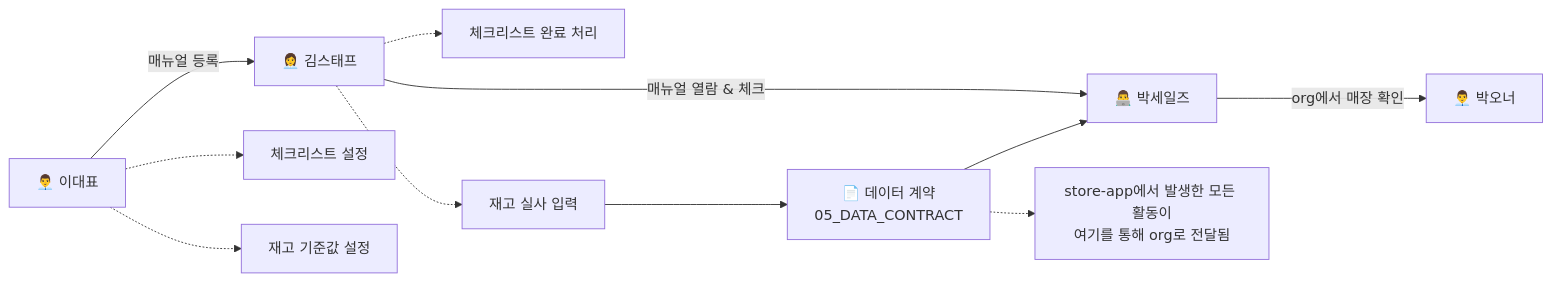
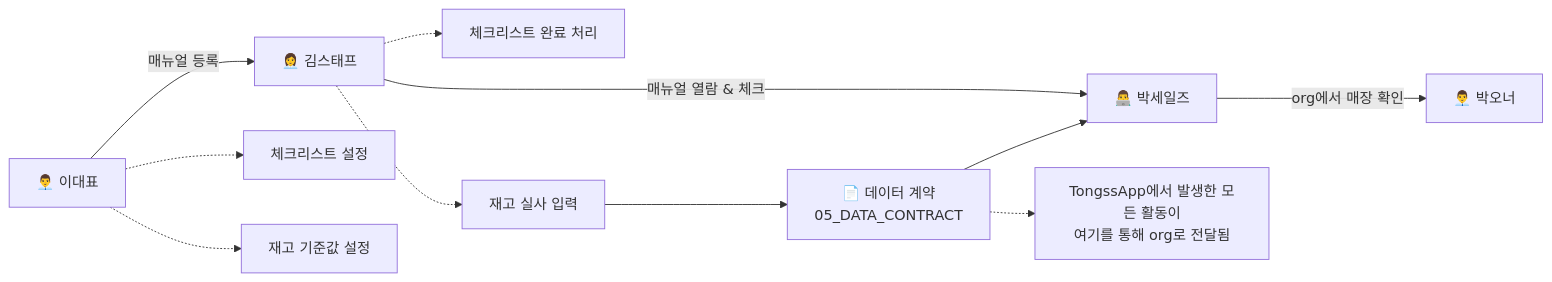
The diagram in docs/03_USER_FLOW.md (sara6ang/project-starter), drawn with Mermaid before and after one commit. The commit also changed other lines of this file and 30 other files, not shown here.

````diff
--- a/docs/03_USER_FLOW.md
+++ b/docs/03_USER_FLOW.md
@@ -11,30 +11,30 @@
 ```mermaid
 flowchart LR
     A["👨‍💼 이대표"]
     B["👩‍💼 김스태프"]
     C["👨‍💻 박세일즈"]
     D["👨‍💼 박오너"]
 
     A -->|매뉴얼 등록| B
     B -->|매뉴얼 열람 & 체크| C
     C -->|org에서 매장 확인| D
 
     A1["체크리스트 설정"]
     A2["재고 기준값 설정"]
     B1["체크리스트 완료 처리"]
     B2["재고 실사 입력"]
 
     A -.-> A1
     A -.-> A2
     B -.-> B1
     B -.-> B2
 
     DC["📄 데이터 계약<br/>05_DATA_CONTRACT"]
 
     B2 --> DC
     DC --> C
 
-    Note["store-app에서 발생한 모든 활동이<br/>여기를 통해 org로 전달됨"]
+    Note["TongssApp에서 발생한 모든 활동이<br/>여기를 통해 org로 전달됨"]
 
     DC -.-> Note
 ```
````
